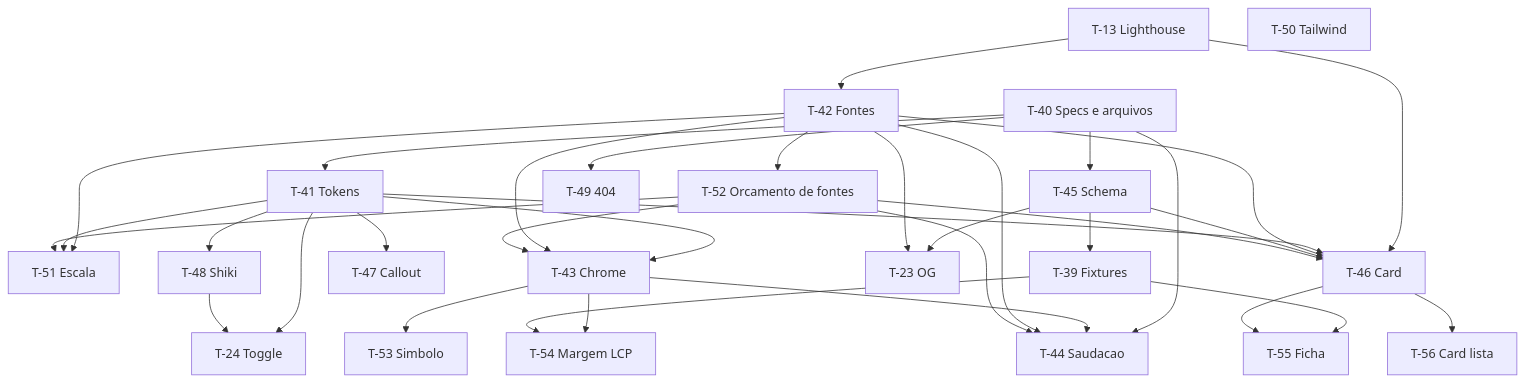
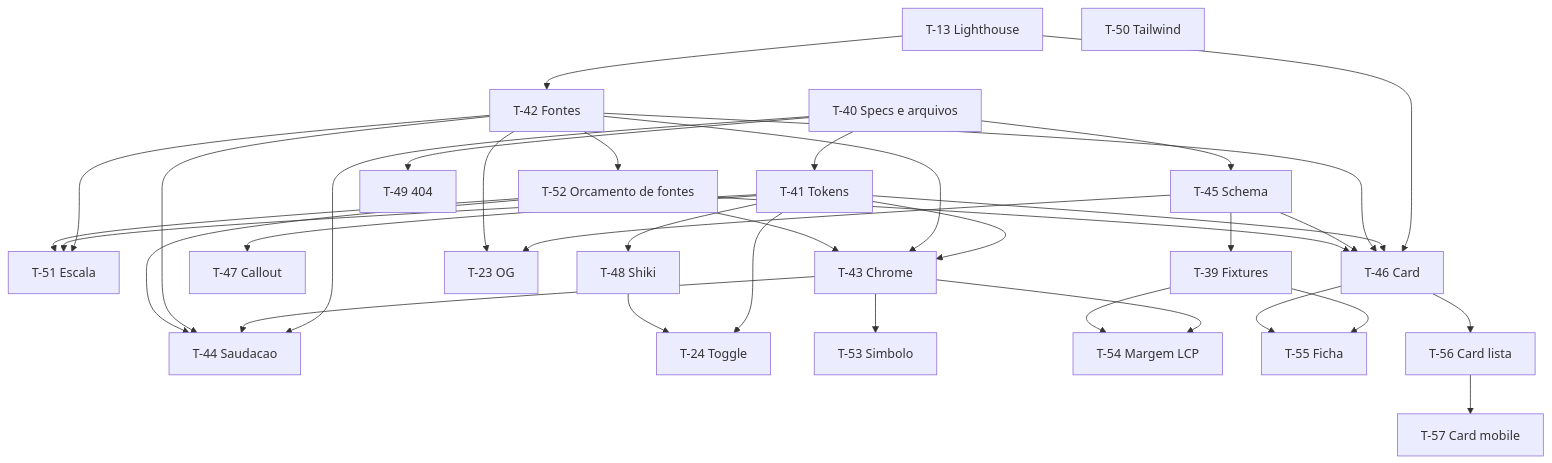
The second of 2 diagrams in specs/ROADMAP.md (Pedroknoll/blog_pedro-knoll), drawn with Mermaid before and after one commit. The commit also changed other lines of this file and 3 other files, not shown here.

First line of the commit message:
T-57: ajustes do card de fólio no mobile (#26)

````diff
--- a/specs/ROADMAP.md
+++ b/specs/ROADMAP.md
@@ -86,57 +86,59 @@
 ```mermaid
 flowchart TD
   T40[T-40 Specs e arquivos]
   T41[T-41 Tokens]
   T13[T-13 Lighthouse]
   T42[T-42 Fontes]
   T51[T-51 Escala]
   T52[T-52 Orcamento de fontes]
   T43[T-43 Chrome]
   T44[T-44 Saudacao]
   T45[T-45 Schema]
   T46[T-46 Card]
   T47[T-47 Callout]
   T48[T-48 Shiki]
   T49[T-49 404]
   T50[T-50 Tailwind]
   T23[T-23 OG]
   T24[T-24 Toggle]
   T39[T-39 Fixtures]
   T53[T-53 Simbolo]
   T54[T-54 Margem LCP]
   T55[T-55 Ficha]
   T56[T-56 Card lista]
+  T57[T-57 Card mobile]
   T40 --> T41
   T40 --> T44
   T40 --> T45
   T40 --> T49
   T13 --> T42
   T41 --> T43
   T42 --> T43
   T43 --> T44
   T42 --> T44
   T13 --> T46
   T41 --> T46
   T42 --> T46
   T45 --> T46
   T41 --> T47
   T41 --> T48
   T45 --> T23
   T42 --> T23
   T42 --> T51
   T41 --> T51
   T42 --> T52
   T52 --> T43
   T52 --> T44
   T52 --> T46
   T52 --> T51
   T45 --> T39
   T41 --> T24
   T48 --> T24
   T43 --> T53
   T43 --> T54
   T39 --> T54
   T39 --> T55
   T46 --> T55
   T46 --> T56
+  T56 --> T57
 ```
````
